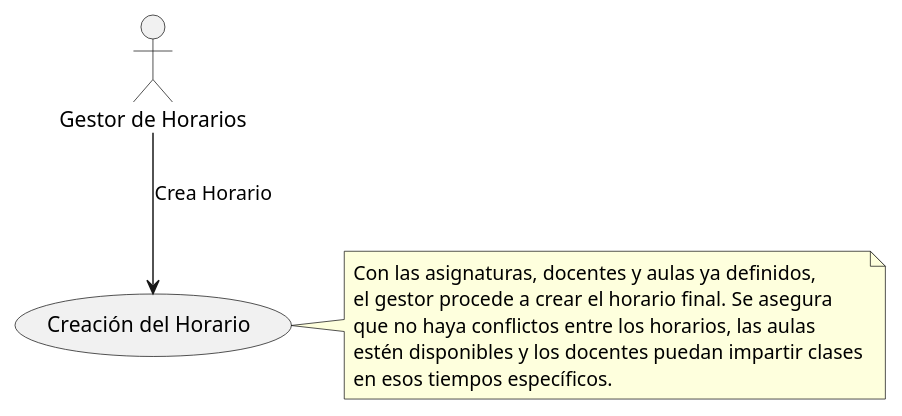
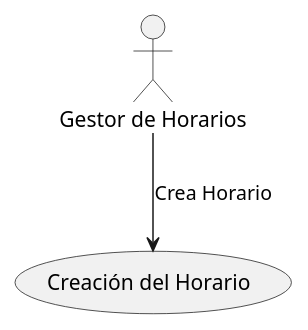
The diagram in Casos de Uso/Creacion del horario.puml (mmasias/23-24-IdSw1-SDR), drawn with PlantUML before and after one commit. The commit also changed 2 other files, not shown here.

```diff
--- a/Casos de Uso/Creacion del horario.puml
+++ b/Casos de Uso/Creacion del horario.puml
@@ -1,12 +1,6 @@
 @startuml
 actor "Gestor de Horarios" as A
 usecase "Creación del Horario" as UC3
 A --> UC3 : Crea Horario
-note right of UC3
-  Con las asignaturas, docentes y aulas ya definidos,
-  el gestor procede a crear el horario final. Se asegura
-  que no haya conflictos entre los horarios, las aulas
-  estén disponibles y los docentes puedan impartir clases
-  en esos tiempos específicos.
-end note
+
 @enduml
```
